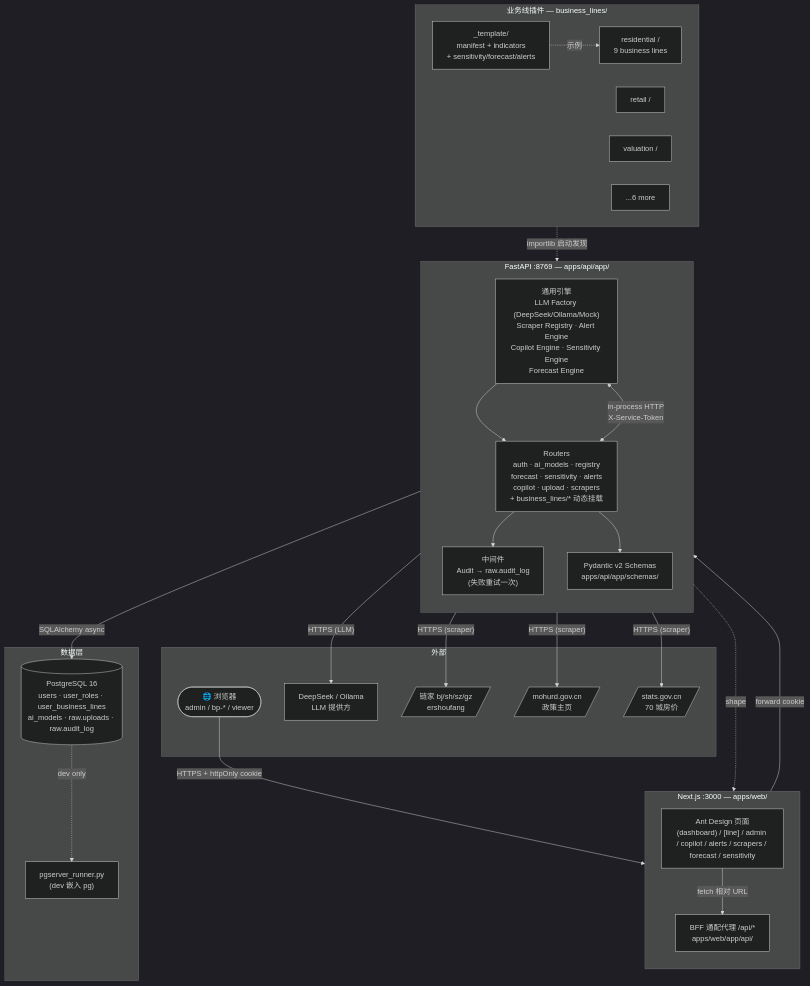
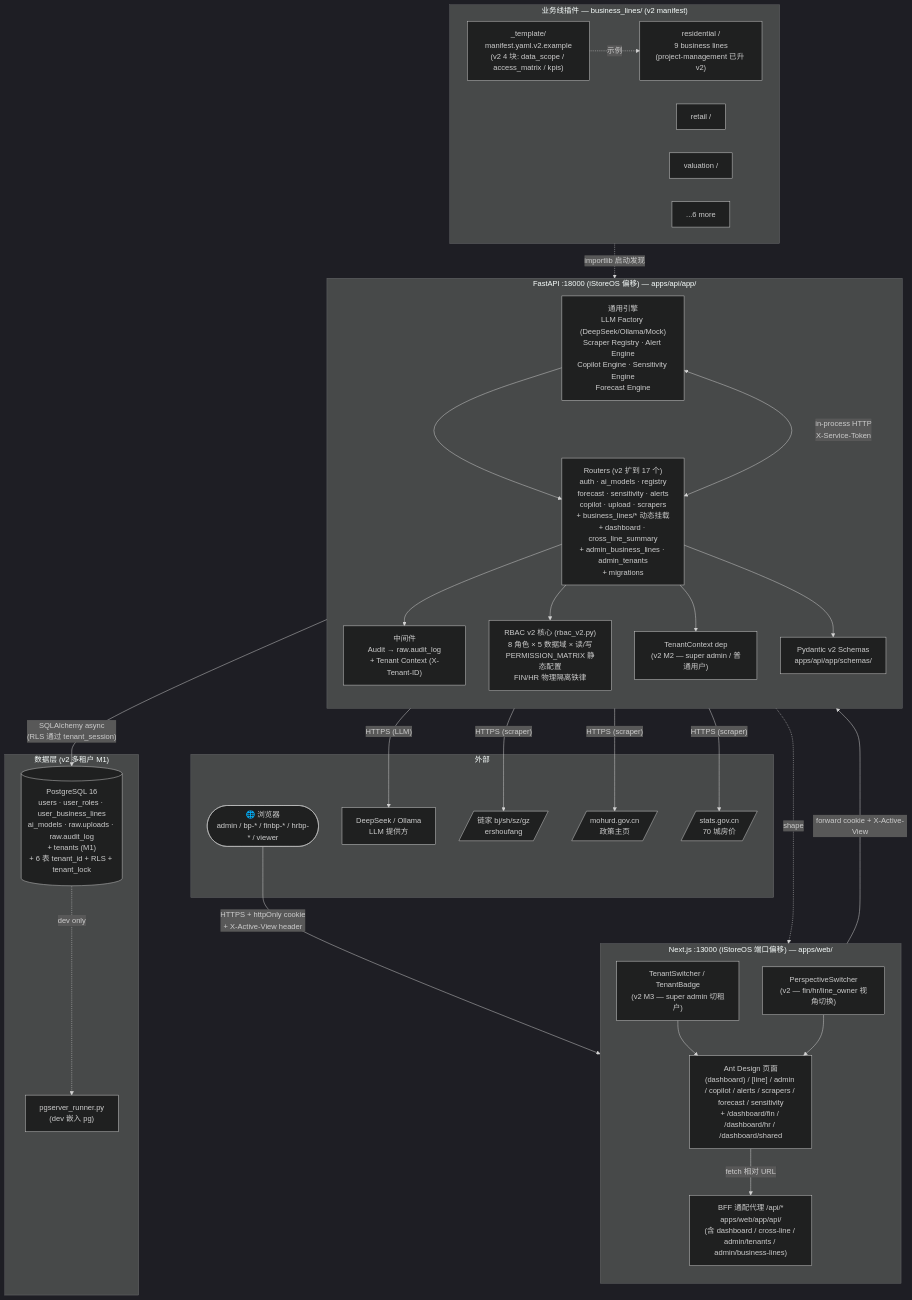
Before and after one commit to Njryadmin/biz-bp-portal: the first of 3 diagrams in README.md, drawn with Mermaid (dark theme). The commit also changed other lines of this file and 14 other files, not shown here.

````diff
--- a/README.md
+++ b/README.md
@@ -42,55 +47,63 @@
 ```mermaid
 flowchart TB
     subgraph EXT["外部"]
-        User([🌐 浏览器<br/>admin / bp-* / viewer])
+        User([🌐 浏览器<br/>admin / bp-* / finbp-* / hrbp-* / viewer])
         LLM_EXT["DeepSeek / Ollama<br/>LLM 提供方"]
         LIA[/链家 bj/sh/sz/gz<br/>ershoufang/]
         MOH[/mohurd.gov.cn<br/>政策主页/]
         NBS[/stats.gov.cn<br/>70 城房价/]
     end
 
-    subgraph WEB["Next.js :3000 — apps/web/"]
+    subgraph WEB["Next.js :13000 (iStoreOS 端口偏移) — apps/web/"]
         direction TB
-        Pages["Ant Design 页面<br/>(dashboard) / [line] / admin / copilot / alerts / scrapers / forecast / sensitivity"]
-        BFF["BFF 通配代理 /api/*<br/>apps/web/app/api/"]
+        Pages["Ant Design 页面<br/>(dashboard) / [line] / admin / copilot / alerts / scrapers / forecast / sensitivity<br/>+ /dashboard/fin / /dashboard/hr / /dashboard/shared"]
+        TenantSwitcher["TenantSwitcher / TenantBadge<br/>(v2 M3 — super admin 切租户)"]
+        PerspectiveSwitcher["PerspectiveSwitcher<br/>(v2 — fin/hr/line_owner 视角切换)"]
+        BFF["BFF 通配代理 /api/*<br/>apps/web/app/api/<br/>(含 dashboard / cross-line / admin/tenants / admin/business-lines)"]
         Pages -->|"fetch 相对 URL"| BFF
+        TenantSwitcher --> Pages
+        PerspectiveSwitcher --> Pages
     end
 
-    subgraph API["FastAPI :8769 — apps/api/app/"]
+    subgraph API["FastAPI :18000 (iStoreOS 偏移) — apps/api/app/"]
         direction TB
-        MW["中间件<br/>Audit → raw.audit_log<br/>(失败重试一次)"]
-        Routers["Routers<br/>auth · ai_models · registry<br/>forecast · sensitivity · alerts<br/>copilot · upload · scrapers<br/>+ business_lines/* 动态挂载"]
+        MW["中间件<br/>Audit → raw.audit_log<br/>+ Tenant Context (X-Tenant-ID)"]
+        Routers["Routers (v2 扩到 17 个)<br/>auth · ai_models · registry<br/>forecast · sensitivity · alerts<br/>copilot · upload · scrapers<br/>+ business_lines/* 动态挂载<br/>+ dashboard · cross_line_summary<br/>+ admin_business_lines · admin_tenants<br/>+ migrations"]
         Engines["通用引擎<br/>LLM Factory (DeepSeek/Ollama/Mock)<br/>Scraper Registry · Alert Engine<br/>Copilot Engine · Sensitivity Engine<br/>Forecast Engine"]
+        RBAC["RBAC v2 核心 (rbac_v2.py)<br/>8 角色 × 5 数据域 × 读/写<br/>PERMISSION_MATRIX 静态配置<br/>FIN/HR 物理隔离铁律"]
         Schemas["Pydantic v2 Schemas<br/>apps/api/app/schemas/"]
+        TenantCtx["TenantContext dep<br/>(v2 M2 — super admin / 普通用户)"]
         Routers --> MW
         Engines --> Routers
+        Routers --> RBAC
+        Routers --> TenantCtx
         Routers --> Schemas
     end
 
-    subgraph DATA["数据层"]
-        PG[("PostgreSQL 16<br/>users · user_roles · user_business_lines<br/>ai_models · raw.uploads · raw.audit_log")]
+    subgraph DATA["数据层 (v2 多租户 M1)"]
+        PG[("PostgreSQL 16<br/>users · user_roles · user_business_lines<br/>ai_models · raw.uploads · raw.audit_log<br/>+ tenants (M1)<br/>+ 6 表 tenant_id + RLS + tenant_lock")]
         PGS["pgserver_runner.py<br/>(dev 嵌入 pg)"]
         PG -.dev only.-> PGS
     end
 
-    subgraph PLUGINS["业务线插件 — business_lines/"]
+    subgraph PLUGINS["业务线插件 — business_lines/ (v2 manifest)"]
         direction LR
-        T["_template/<br/>manifest + indicators<br/>+ sensitivity/forecast/alerts"]
-        L1["residential /<br/>9 business lines"]
+        T["_template/<br/>manifest.yaml.v2.example<br/>(v2 4 块: data_scope / access_matrix / kpis)"]
+        L1["residential /<br/>9 business lines<br/>(project-management 已升 v2)"]
         L2["retail /"]
         L3["valuation /"]
         L4["...6 more"]
         T -.示例.-> L1
     end
 
-    User -->|"HTTPS + httpOnly cookie"| Pages
-    BFF -->|"forward cookie"| Routers
+    User -->|"HTTPS + httpOnly cookie<br/>+ X-Active-View header"| Pages
+    BFF -->|"forward cookie + X-Active-View"| Routers
     Engines <-->|"in-process HTTP<br/>X-Service-Token"| Routers
-    Engines -->|"SQLAlchemy async"| PG
+    Engines -->|"SQLAlchemy async<br/>(RLS 通过 tenant_session)"| PG
     Schemas -.shape.-> Pages
     PLUGINS -.importlib 启动发现.-> Routers
     Engines -->|"HTTPS (LLM)"| LLM_EXT
     Engines -->|"HTTPS (scraper)"| LIA
     Engines -->|"HTTPS (scraper)"| MOH
     Engines -->|"HTTPS (scraper)"| NBS
 ```
````
